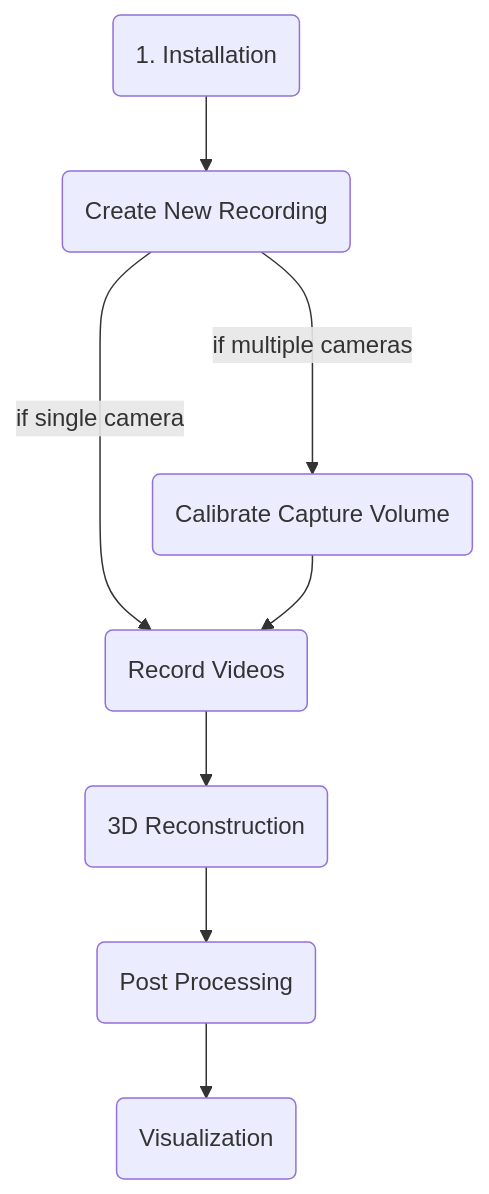
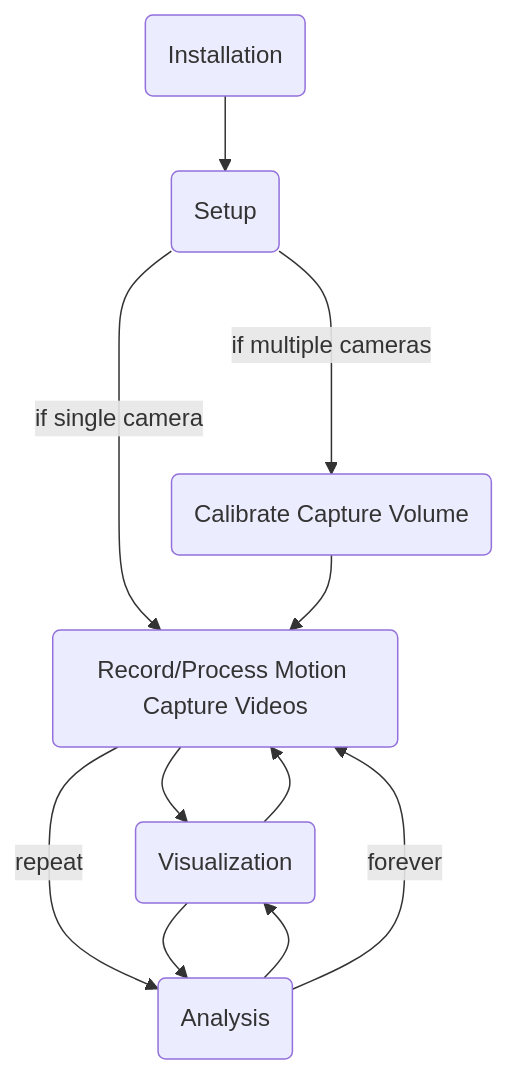
Before and after one commit to freemocap/documentation: the diagram in docs/getting_started/index.md, drawn with Mermaid. The commit also changed other lines of this file and 10 other files, not shown here.

````diff
--- a/docs/getting_started/index.md
+++ b/docs/getting_started/index.md
@@ -1,11 +18,24 @@
 ``` mermaid
 graph TD
-    A1(1. Installation)
-    A1-->A(Create New Recording)
-    A --if single camera---> B(Record Videos)
-    A -- if multiple cameras ---> C(Calibrate Capture Volume)    
-    C --> B    
-    B --> F(3D Reconstruction)    
-    F --> H(Post Processing)
-    H --> I(Visualization)
+    installation(Installation)
+    setup(Setup)
+    calibrate(Calibrate Capture Volume)  
+    record_videos(Record/Process Motion Capture Videos)    
+    visualize(Visualization)
+    analysis(Analysis)
+    
+    installation-->setup
+    setup --if single camera---> record_videos
+    setup -- if multiple cameras ---> calibrate    
+    calibrate --> record_videos    
+    
+    record_videos --> visualize
+    record_videos --repeat---> analysis
+    
+    visualize --> analysis
+    visualize --> record_videos
+    
+    analysis -->  visualize
+    analysis --forever---> record_videos
+    
 ```
````
